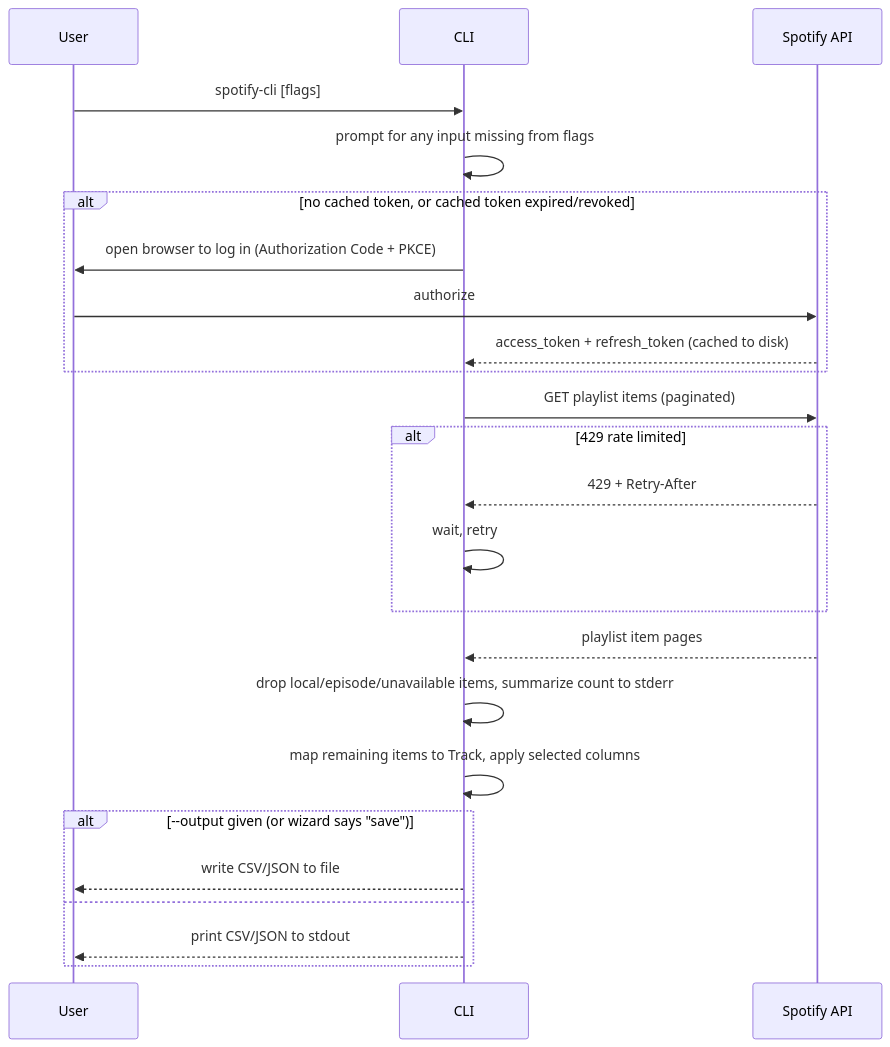
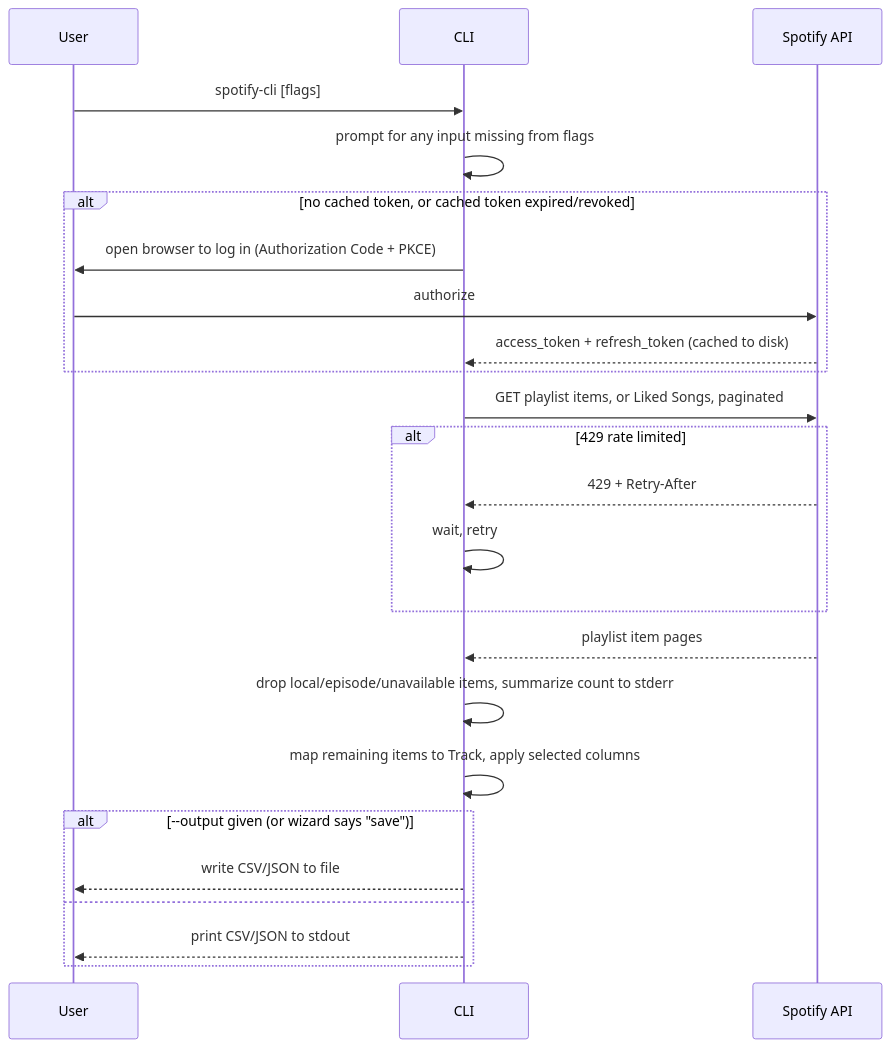
The second of 2 diagrams in docs/architecture.md (grabreu/spotify-cli), drawn with Mermaid before and after one commit. The commit also changed other lines of this file and 8 other files, not shown here.

Commit message:
feat: add --liked flag to export Liked Songs (#10)

````diff
--- a/docs/architecture.md
+++ b/docs/architecture.md
@@ -32,27 +32,27 @@
 ```mermaid
 sequenceDiagram
     participant User
     participant CLI
     participant Spotify as Spotify API
 
     User->>CLI: spotify-cli [flags]
     CLI->>CLI: prompt for any input missing from flags
     alt no cached token, or cached token expired/revoked
         CLI->>User: open browser to log in (Authorization Code + PKCE)
         User->>Spotify: authorize
         Spotify-->>CLI: access_token + refresh_token (cached to disk)
     end
-    CLI->>Spotify: GET playlist items (paginated)
+    CLI->>Spotify: GET playlist items, or Liked Songs, paginated
     alt 429 rate limited
         Spotify-->>CLI: 429 + Retry-After
         CLI->>CLI: wait, retry
     end
     Spotify-->>CLI: playlist item pages
     CLI->>CLI: drop local/episode/unavailable items, summarize count to stderr
     CLI->>CLI: map remaining items to Track, apply selected columns
     alt --output given (or wizard says "save")
         CLI-->>User: write CSV/JSON to file
     else
         CLI-->>User: print CSV/JSON to stdout
     end
 ```
````
